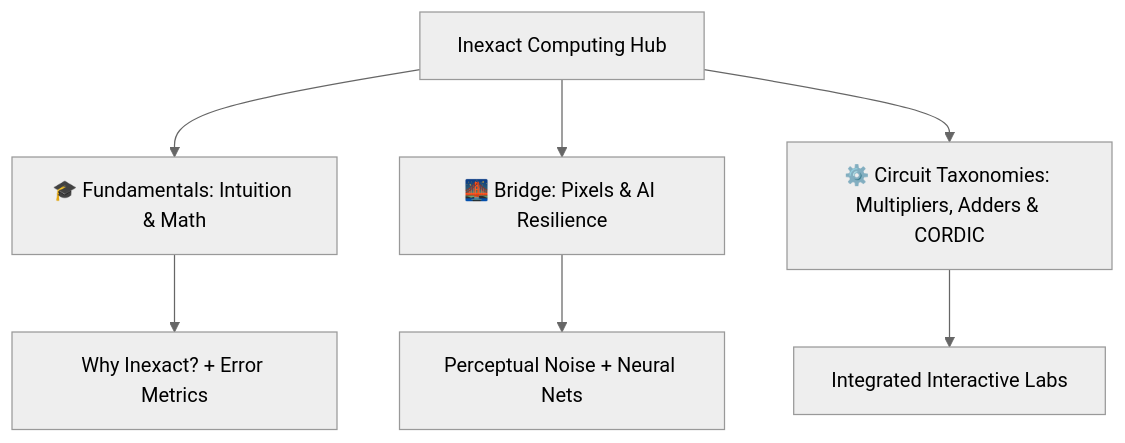
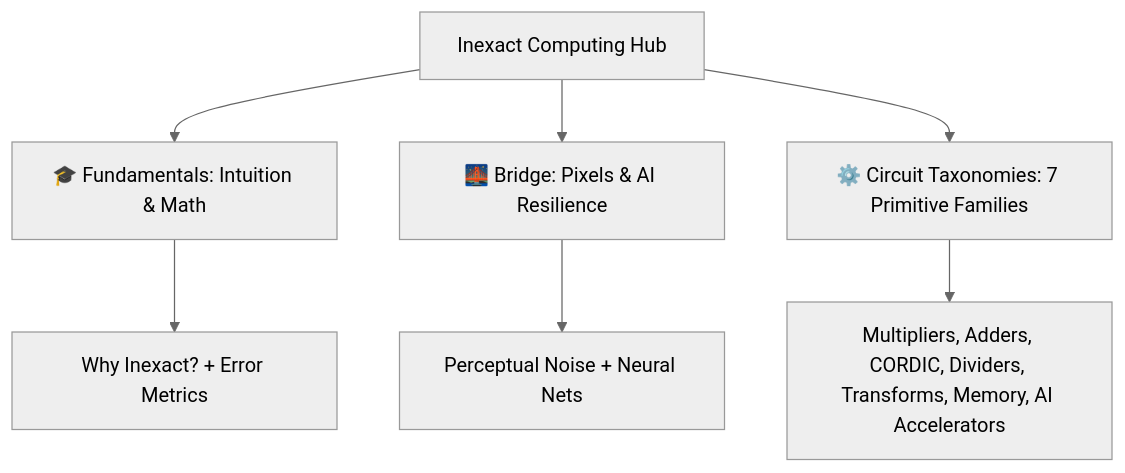
Before and after one commit to Inexact-Computing/public: the diagram in docs/index.md, drawn with Mermaid (neutral theme). The commit also changed other lines of this file and 8 other files, not shown here.

Commit message:
feat: add new taxonomy chapters for dividers, transforms, memory, and AI accelerators with direct IEEE citations

````diff
--- a/docs/index.md
+++ b/docs/index.md
@@ -5,9 +5,9 @@
 ```mermaid
 graph TD
     A[Inexact Computing Hub] --> B[🎓 Fundamentals: Intuition & Math]
     A --> C[🌉 Bridge: Pixels & AI Resilience]
-    A --> D[⚙️ Circuit Taxonomies: Multipliers, Adders & CORDIC]
+    A --> D[⚙️ Circuit Taxonomies: 7 Primitive Families]
     B --> E[Why Inexact? + Error Metrics]
     C --> F[Perceptual Noise + Neural Nets]
-    D --> G[Integrated Interactive Labs]
+    D --> G[Multipliers, Adders, CORDIC, Dividers, Transforms, Memory, AI Accelerators]
 ```
````
